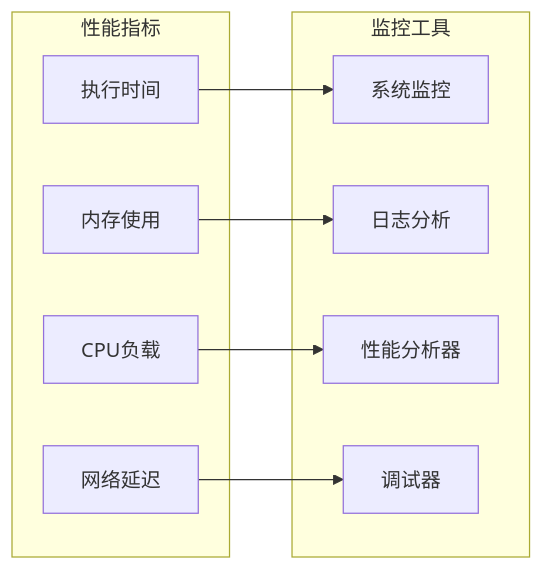
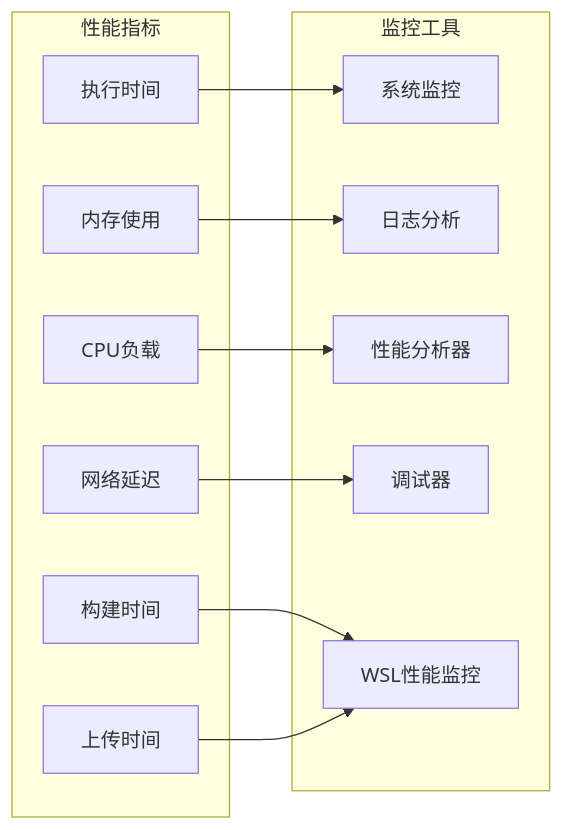
Diagram 16 of 16 in .qoder/repowiki/zh/content/开发工具与配置/Arduino CLI自动化.md (DonkeyDrift/Firmware), drawn with Mermaid before and after one commit. The commit also changed other lines of this file and 9 other files, not shown here.

````diff
--- a/.qoder/repowiki/zh/content/开发工具与配置/Arduino CLI自动化.md
+++ b/.qoder/repowiki/zh/content/开发工具与配置/Arduino CLI自动化.md
@@ -648,19 +752,24 @@
 ```mermaid
 graph LR
 subgraph PerformanceMetrics[性能指标]
 A[执行时间]
 B[内存使用]
 C[CPU负载]
 D[网络延迟]
+E[构建时间]
+F[上传时间]
 end
 subgraph MonitoringTools[监控工具]
-E[系统监控]
-F[日志分析]
-G[性能分析器]
-H[调试器]
+G[系统监控]
+H[日志分析]
+I[性能分析器]
+J[调试器]
+K[WSL性能监控]
 end
-A --> E
-B --> F
-C --> G
-D --> H
+A --> G
+B --> H
+C --> I
+D --> J
+E --> K
+F --> K
 ```
````
